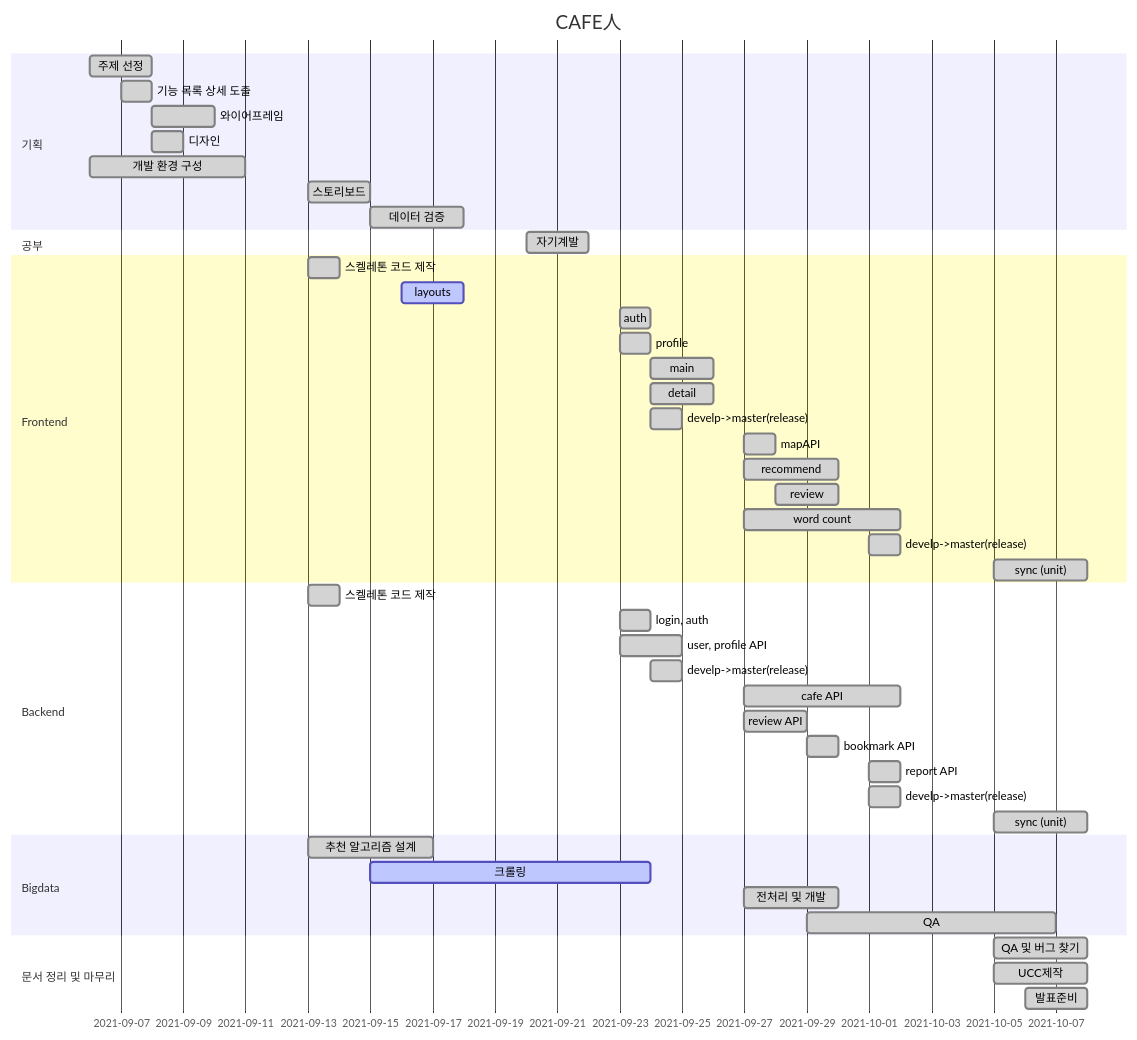
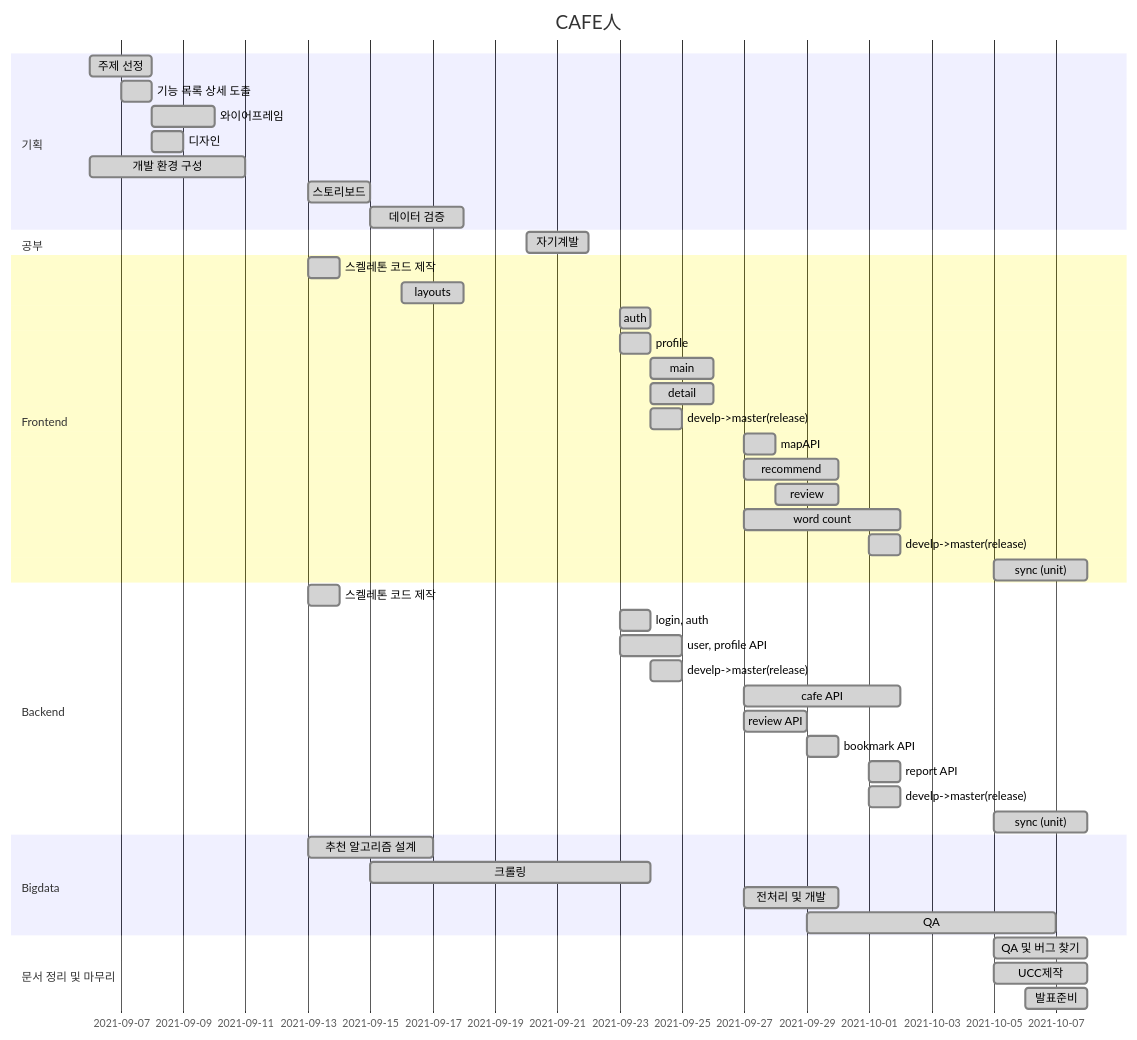
The diagram in README.md (chowonsik/CafeIn), drawn with Mermaid before and after one commit.

````diff
--- a/README.md
+++ b/README.md
@@ -23,56 +23,56 @@
 ```mermaid
 gantt
 dateFormat MM-DD
 title CAFE人
 
 section 기획
 주제 선정 :done, 09-06, 2d
 기능 목록 상세 도출 :done, 09-07, 1d
 와이어프레임 :done, 09-08, 2d
 디자인 :done, 09-08, 1d
 개발 환경 구성 :done, 09-06, 5d
 스토리보드 :done, 09-13, 2d
 데이터 검증 :done, 09-15, 3d
 
 section 공부
 자기계발 :done, 09-20, 2d
 
 section Frontend
 스켈레톤 코드 제작 :done, 09-13, 1d
-layouts :active, 09-16, 2d
+layouts :done, 09-16, 2d
 auth :done, 09-23, 1d
 profile :done, 09-23, 1d
 main :done, 09-24, 2d
 detail :done, 09-24, 2d
 develp->master(release) :done, 09-24, 1d
 mapAPI :done, 09-27, 1d
 recommend :done, 09-27, 3d
 review :done, 09-28, 2d
 word count: done, 09-27, 5d
 develp->master(release) :done, 10-01, 1d
 sync (unit): done, 10-05, 3d
 
 section Backend
 스켈레톤 코드 제작 :done, 09-13, 1d
 login, auth :done, 09-23, 1d
 user, profile API :done, 09-23, 2d
 develp->master(release) :done, 09-24, 1d
 cafe API :done, 09-27, 5d
 review API :done, 09-27, 2d
 bookmark API :done, 09-29, 1d
 report API :done, 10-01, 1d
 develp->master(release) :done, 10-01, 1d
 sync (unit) :done, 10-05, 3d
 
 section Bigdata
 추천 알고리즘 설계 : done, 09-13, 4d
-크롤링 : active, 09-15, 9d
+크롤링 : done, 09-15, 9d
 전처리 및 개발 : done, 09-27, 3d
 QA : done, 09-29, 8d
 
 section 문서 정리 및 마무리
 QA 및 버그 찾기 :done, 10-05, 3d
 UCC제작 :done, 10-05, 3d
 발표준비 :done, 10-06, 2d
 
 ```
````
